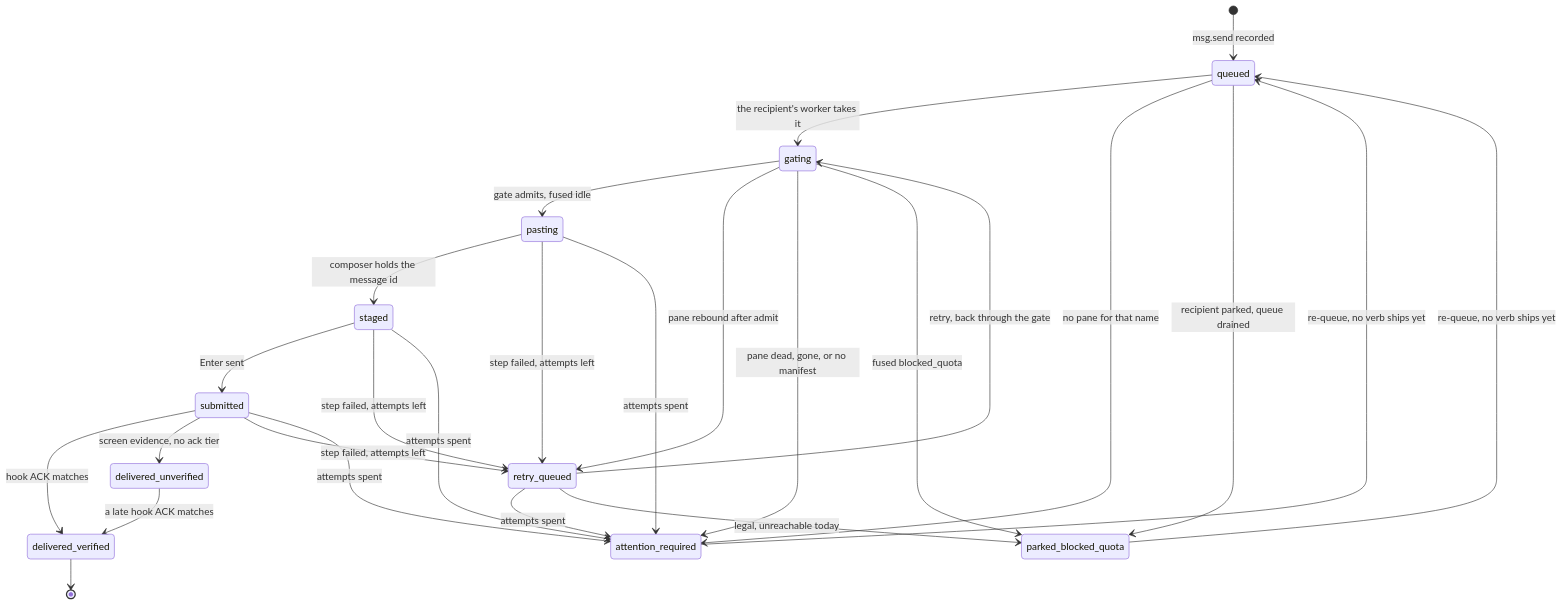
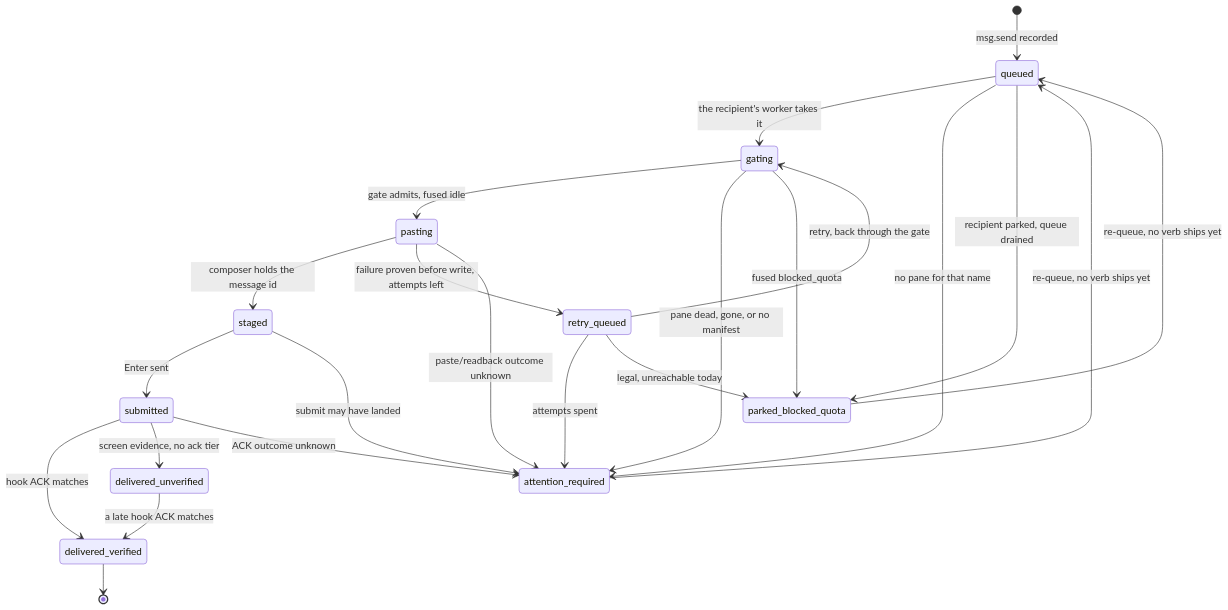
Before and after one commit to cyclops-team/cyclops: the seventh of 10 diagrams in docs/development/ARCHITECTURE.md, drawn with Mermaid. The commit also changed other lines of this file and 22 other files, not shown here.

````diff
--- a/docs/development/ARCHITECTURE.md
+++ b/docs/development/ARCHITECTURE.md
@@ -245,32 +243,29 @@
 ```mermaid
 stateDiagram-v2
     [*] --> queued: msg.send recorded
     queued --> gating: the recipient's worker takes it
     gating --> pasting: gate admits, fused idle
     pasting --> staged: composer holds the message id
     staged --> submitted: Enter sent
     submitted --> delivered_verified: hook ACK matches
     submitted --> delivered_unverified: screen evidence, no ack tier
     delivered_unverified --> delivered_verified: a late hook ACK matches
     delivered_verified --> [*]
 
-    gating --> retry_queued: pane rebound after admit
-    pasting --> retry_queued: step failed, attempts left
-    staged --> retry_queued: step failed, attempts left
-    submitted --> retry_queued: step failed, attempts left
+    pasting --> retry_queued: failure proven before write, attempts left
     retry_queued --> gating: retry, back through the gate
 
     queued --> attention_required: no pane for that name
     gating --> attention_required: pane dead, gone, or no manifest
-    pasting --> attention_required: attempts spent
-    staged --> attention_required: attempts spent
-    submitted --> attention_required: attempts spent
+    pasting --> attention_required: paste/readback outcome unknown
+    staged --> attention_required: submit may have landed
+    submitted --> attention_required: ACK outcome unknown
     retry_queued --> attention_required: attempts spent
 
     gating --> parked_blocked_quota: fused blocked_quota
     queued --> parked_blocked_quota: recipient parked, queue drained
     retry_queued --> parked_blocked_quota: legal, unreachable today
 
     attention_required --> queued: re-queue, no verb ships yet
     parked_blocked_quota --> queued: re-queue, no verb ships yet
 ```
````
